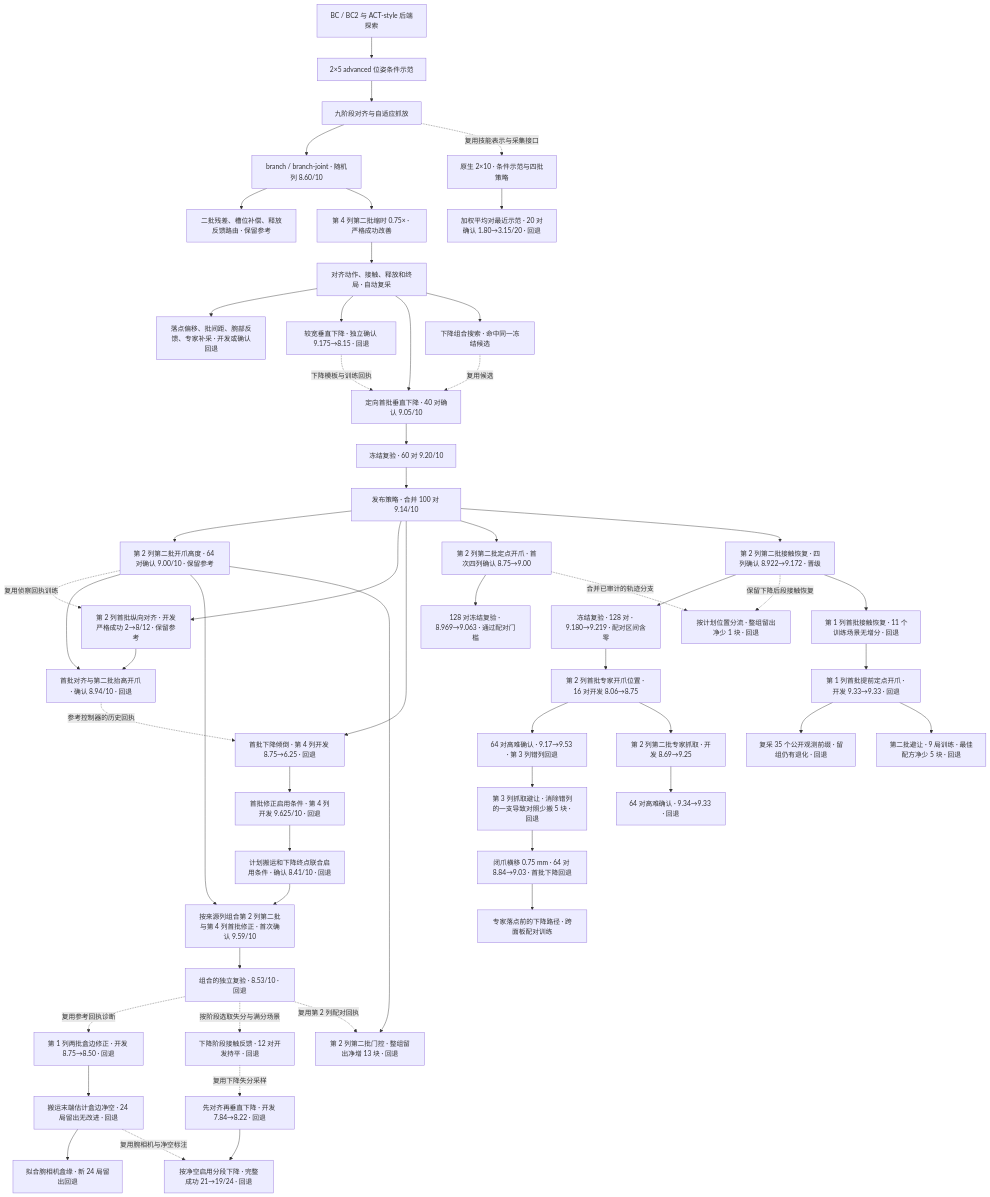
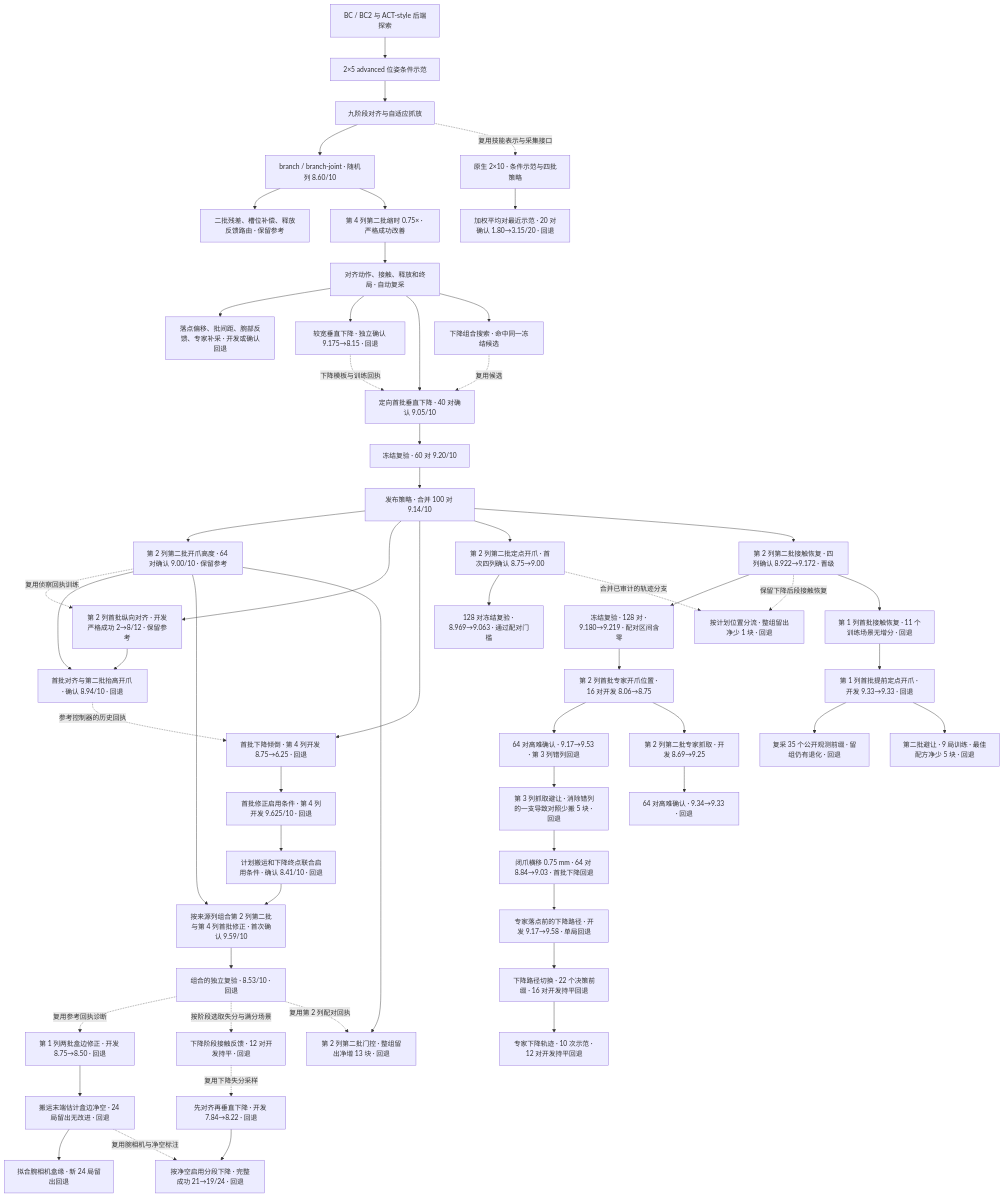
One commit to haiyouxiaji/a3-agent-optimizer changed the second of 2 diagrams in docs/A3_EXPERIMENT_TREE.md. Above: the diagram before and after it, drawn with Mermaid. The commit also changed other lines of this file and 26 other files, not shown here.

````diff
--- a/docs/A3_EXPERIMENT_TREE.md
+++ b/docs/A3_EXPERIMENT_TREE.md
@@ -19,57 +19,59 @@
 ```mermaid
 flowchart TD
     BC["BC / BC2 与 ACT-style 后端探索"] --> ADV["2×5 advanced 位姿条件示范"]
     ADV --> PH["九阶段对齐与自适应抓放"]
     PH --> BJ["branch / branch-joint · 随机列 8.60/10"]
     BJ --> REL["二批残差、槽位补偿、释放反馈路由 · 保留参考"]
     BJ --> TIM["第 4 列第二批缩时 0.75× · 严格成功改善"]
     TIM --> DIAG["对齐动作、接触、释放和终局 · 自动复采"]
     DIAG --> OFF["落点偏移、批间距、腕部反馈、专家补采 · 开发或确认回退"]
     DIAG --> WIDE["较宽垂直下降 · 独立确认 9.175→8.15 · 回退"]
     DIAG --> FOCUS["定向首批垂直下降 · 40 对确认 9.05/10"]
     WIDE -.->|下降模板与训练回执| FOCUS
     DIAG --> DUP["下降组合搜索 · 命中同一冻结候选"]
     DUP -.->|复用候选| FOCUS
     FOCUS --> REP["冻结复验 · 60 对 9.20/10"]
     REP --> BEST["发布策略 · 合并 100 对 9.14/10"]
     BEST --> HOVER["第 2 列第二批开爪高度 · 64 对确认 9.00/10 · 保留参考"]
     BEST --> ROW["第 2 列首批纵向对齐 · 开发严格成功 2→8/12 · 保留参考"]
     HOVER -.->|复用侦察回执训练| ROW
     HOVER --> COMPOSE["首批对齐与第二批抬高开爪 · 确认 8.94/10 · 回退"]
     ROW --> COMPOSE
     BEST --> FIRSTHOVER["首批下降倾倒 · 第 4 列开发 8.75→6.25 · 回退"]
     COMPOSE -.->|参考控制器的历史回执| FIRSTHOVER
     FIRSTHOVER --> GUARD["首批修正启用条件 · 第 4 列开发 9.625/10 · 回退"]
     GUARD --> PROJECT["计划搬运和下降终点联合启用条件 · 确认 8.41/10 · 回退"]
     PROJECT --> ROUTED["按来源列组合第 2 列第二批与第 4 列首批修正 · 首次确认 9.59/10"]
     HOVER --> ROUTED
     ROUTED --> ROUTEDREP["组合的独立复验 · 8.53/10 · 回退"]
     ROUTEDREP -.->|复用参考回执诊断| WALL["第 1 列两批盒边修正 · 开发 8.75→8.50 · 回退"]
     WALL --> SENSE["搬运末端估计盒边净空 · 24 局留出无改进 · 回退"]
     SENSE --> EDGES["拟合腕相机盒缘 · 新 24 局留出回退"]
     ROUTEDREP -.->|按阶段选取失分与满分场景| FORCE["下降阶段接触反馈 · 12 对开发持平 · 回退"]
     HOVER --> LATE["第 2 列第二批门控 · 整组留出净增 13 块 · 回退"]
     ROUTEDREP -.->|复用第 2 列配对回执| LATE
     FORCE -.->|复用下降失分采样| STAGED["先对齐再垂直下降 · 开发 7.84→8.22 · 回退"]
     STAGED --> STAGEDGATE["按净空启用分段下降 · 完整成功 21→19/24 · 回退"]
     SENSE -.->|复用腕相机与净空标注| STAGEDGATE
     BEST --> HOLD["第 2 列第二批定点开爪 · 首次四列确认 8.75→9.00"]
     HOLD --> HOLDREP["128 对冻结复验 · 8.969→9.063 · 通过配对门槛"]
     BEST --> RECOVERY["第 2 列第二批接触恢复 · 四列确认 8.922→9.172 · 晋级"]
     RECOVERY --> RECOVERYREP["冻结复验 · 128 对 · 9.180→9.219 · 配对区间含零"]
     HOLD -.->|合并已审计的轨迹分支| RELEASEGATE["按计划位置分流 · 整组留出净少 1 块 · 回退"]
     RECOVERY -.->|保留下降后段接触恢复| RELEASEGATE
     RECOVERY --> FIRSTREC["第 1 列首批接触恢复 · 11 个训练场景无增分 · 回退"]
     FIRSTREC --> EARLY["第 1 列首批提前定点开爪 · 开发 9.33→9.33 · 回退"]
     EARLY --> FIRSTGATE["复采 35 个公开观测前缀 · 留组仍有退化 · 回退"]
     EARLY --> INTERBATCH["第二批避让 · 9 局训练 · 最佳配方净少 5 块 · 回退"]
     RECOVERYREP --> EXPERTLAND["第 2 列首批专家开爪位置 · 16 对开发 8.06→8.75"]
     EXPERTLAND --> EXPERTCONF["64 对高难确认 · 9.17→9.53 · 第 3 列错列回退"]
     EXPERTCONF --> SOURCEGUARD["第 3 列抓取避让 · 消除错列的一支导致对照少搬 5 块 · 回退"]
     SOURCEGUARD --> GUARDREFINE["闭爪横移 0.75 mm · 64 对 8.84→9.03 · 首批下降回退"]
-    GUARDREFINE --> LANDINGPATH["专家落点前的下降路径 · 跨面板配对训练"]
+    GUARDREFINE --> LANDINGPATH["专家落点前的下降路径 · 开发 9.17→9.58 · 单局回退"]
+    LANDINGPATH --> LANDINGGATE["下降路径切换 · 22 个决策前缀 · 16 对开发持平回退"]
+    LANDINGGATE --> INSERTION["专家下降轨迹 · 10 次示范 · 12 对开发持平回退"]
     EXPERTLAND --> EXPERTGRASP["第 2 列第二批专家抓取 · 开发 8.69→9.25"]
     EXPERTGRASP --> GRASPCONF["64 对高难确认 · 9.34→9.33 · 回退"]
     PH -.->|复用技能表示与采集接口| TEN["原生 2×10 · 条件示范与四批策略"]
     TEN --> TR["加权平均对最近示范 · 20 对确认 1.80→3.15/20 · 回退"]
 ```
````
